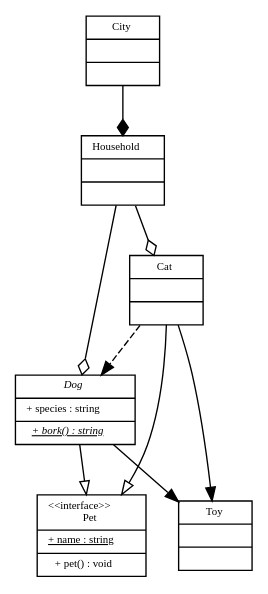
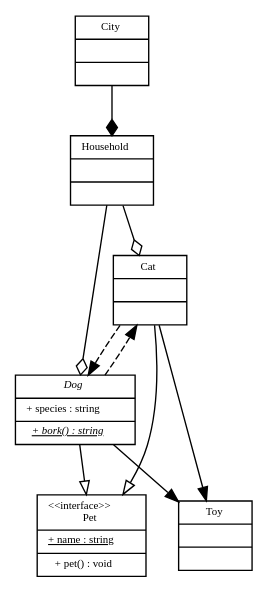
The diagram in cmake-build-debug/class_diagram_from_file.dot (anonymvs/UmlDrawer), drawn with Graphviz before and after one commit. The commit also changed 14 other files, not shown here.

```diff
--- a/cmake-build-debug/class_diagram_from_file.dot
+++ b/cmake-build-debug/class_diagram_from_file.dot
@@ -1,88 +1,94 @@
 digraph G {
 	fontname = "Bitstream Vera Sans"
 	fontsize = 8
 
 
  	node [
 		fontname = "Bitstream Vera Sans"
 		fontsize = 8
 		shape = "record"
 	]
 
 	edge [
 		fontname = "Bitstream Vera Sans"
 		fontsize = 8
 	]
 
 	Cat [
 		label = <{Cat||}>
 	]
 
 	City [
 		label = <{City||}>
 	]
 
 	Dog [
 		label = <{<I>Dog</I>|+ species : string<BR ALIGN="LEFT"/>|<I><U>+ bork() : string</U></I><BR ALIGN="LEFT"/>}>
 	]
 
 	Household [
 		label = <{Household||}>
 	]
 
 	Pet [
 		label = <{&lt;&lt;interface&gt;&gt;<BR ALIGN="LEFT"/>Pet|<U>+ name : string</U><BR ALIGN="LEFT"/>|+ pet() : void<BR ALIGN="LEFT"/>}>
 	]
 
 	Toy [
 		label = <{Toy||}>
 	]
 
 	edge [
 		 arrowhead = "empty"
 	]
 	Dog -> Pet
 
 	edge [
 		 arrowhead = "empty"
 	]
 	Cat -> Pet
 
 	edge [
 		 arrowhead = "normal"
 		 style = "dashed"
 	]
 	Cat -> Dog
 
 	edge [
+		 arrowhead = "normal"
+		 style = "dashed"
+	]
+	Dog -> Cat
+
+	edge [
 		 arrowhead = "odiamond"
 		 style = "solid"
 	]
 	Household -> Dog
 
 	edge [
 		 arrowhead = "odiamond"
 		 style = "solid"
 	]
 	Household -> Cat
 
 	edge [
 		 arrowhead = "diamond"
 		 style = "solid"
 	]
 	City -> Household
 
 	edge [
 		 arrowhead = "normal"
 		 style = "solid"
 	]
 	Dog -> Toy
 
 	edge [
 		 arrowhead = "normal"
 		 style = "solid"
 	]
 	Cat -> Toy
 
 
 }
```
